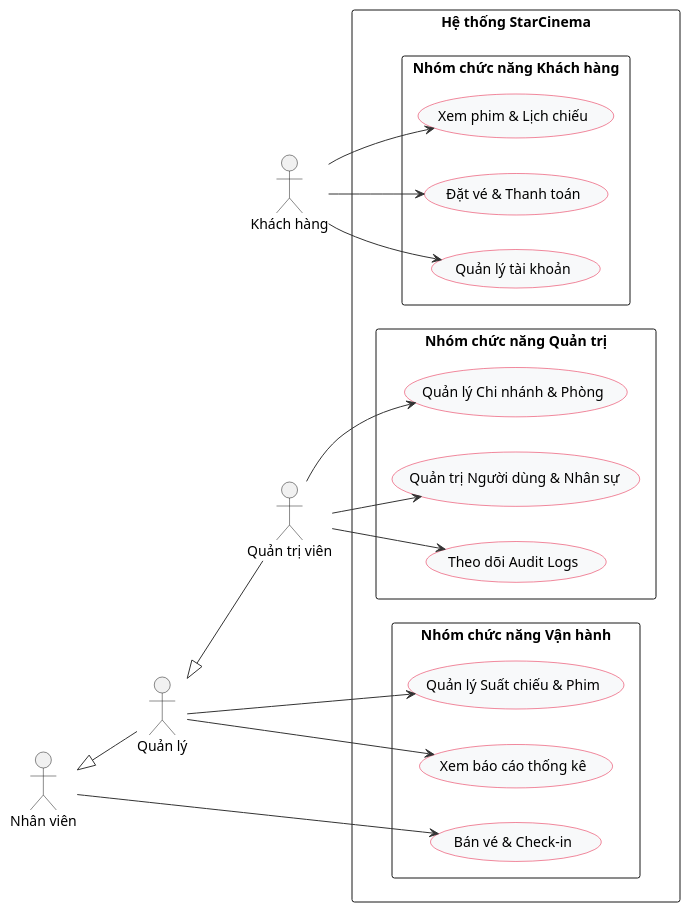
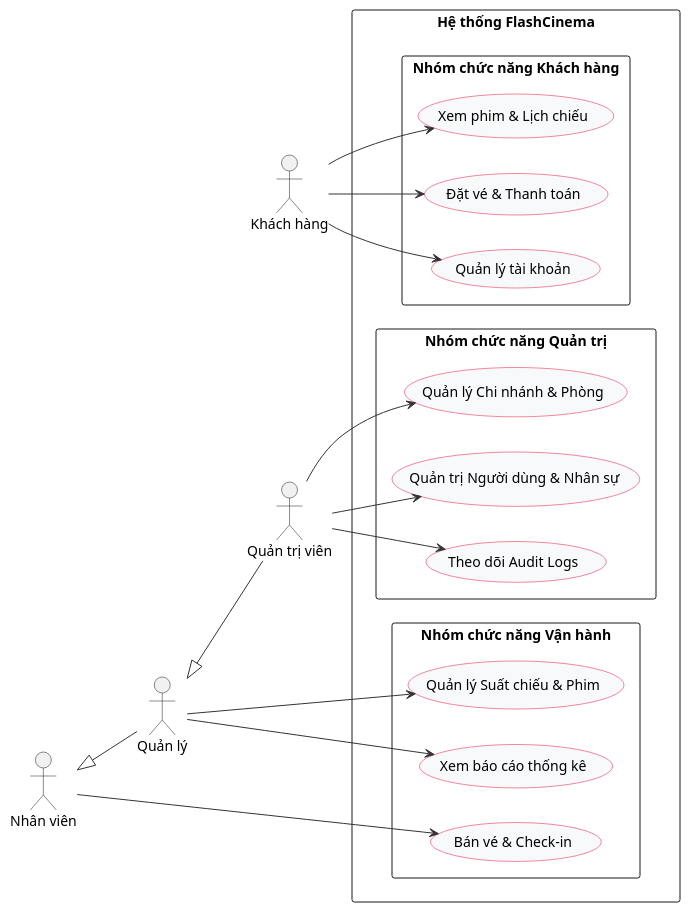
One commit to vothnha26/Cinema-Management-System changed the diagram in report/2.0-Yêu cầu nghiệp vụ/2.2-Phân tích hệ thống (UML Diagrams)/2.2.1.Sơ đồ Use Case/overview_use_case.puml. Above: the diagram before and after it, drawn with PlantUML. The commit also changed 50 other files, not shown here.

```diff
--- a/report/2.0-Yêu cầu nghiệp vụ/2.2-Phân tích hệ thống (UML Diagrams)/2.2.1.Sơ đồ Use Case/overview_use_case.puml
+++ b/report/2.0-Yêu cầu nghiệp vụ/2.2-Phân tích hệ thống (UML Diagrams)/2.2.1.Sơ đồ Use Case/overview_use_case.puml
@@ -1,52 +1,52 @@
 @startuml overview_use_case
 left to right direction
 skinparam packageStyle rectangle
 skinparam backgroundColor #FFFFFF
 skinparam usecase {
     BackgroundColor #F8F9FA
     BorderColor #E5133A
     ArrowColor #333333
 }
 
 actor "Khách hàng" as Customer
 actor "Nhân viên" as Staff
 actor "Quản lý" as Manager
 actor "Quản trị viên" as Admin
 
 Staff <|-- Manager
 Manager <|-- Admin
 
-rectangle "Hệ thống StarCinema" {
+rectangle "Hệ thống FlashCinema" {
     package "Nhóm chức năng Khách hàng" {
         usecase "Xem phim & Lịch chiếu" as UC_View
         usecase "Đặt vé & Thanh toán" as UC_Booking
         usecase "Quản lý tài khoản" as UC_Account
     }
     
     package "Nhóm chức năng Vận hành" {
         usecase "Bán vé & Check-in" as UC_Staff_Ops
         usecase "Quản lý Suất chiếu & Phim" as UC_Manager_Ops
         usecase "Xem báo cáo thống kê" as UC_Analytics
     }
     
     package "Nhóm chức năng Quản trị" {
         usecase "Quản lý Chi nhánh & Phòng" as UC_Admin_Rooms
         usecase "Quản trị Người dùng & Nhân sự" as UC_Admin_Users
         usecase "Theo dõi Audit Logs" as UC_Audit
     }
 }
 
 Customer --> UC_View
 Customer --> UC_Booking
 Customer --> UC_Account
 
 Staff --> UC_Staff_Ops
 
 Manager --> UC_Manager_Ops
 Manager --> UC_Analytics
 
 Admin --> UC_Admin_Rooms
 Admin --> UC_Admin_Users
 Admin --> UC_Audit
 
 @enduml
```
